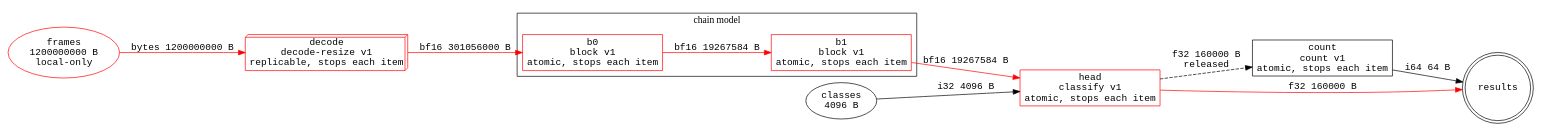
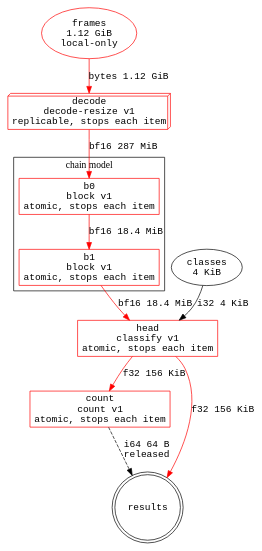
Before and after one commit to bayanasar/dashmag: the diagram in crates/mag-by/graphs/example.dot, drawn with Graphviz. The commit also changed 7 other files, not shown here.

```diff
--- a/crates/mag-by/graphs/example.dot
+++ b/crates/mag-by/graphs/example.dot
@@ -1,24 +1,24 @@
 digraph "label-frames" {
-  rankdir=LR;
+  rankdir=TB;
   node [fontname="monospace"];
   edge [fontname="monospace"];
-  "frames" [shape=ellipse, label="frames\n1200000000 B\nlocal-only", color=red];
-  "classes" [shape=ellipse, label="classes\n4096 B"];
+  "frames" [shape=ellipse, label="frames\n1.12 GiB\nlocal-only", color=red];
+  "classes" [shape=ellipse, label="classes\n4 KiB"];
   "decode" [shape=box3d, label="decode\ndecode-resize v1\nreplicable, stops each item", color=red];
   "head" [shape=box, label="head\nclassify v1\natomic, stops each item", color=red];
-  "count" [shape=box, label="count\ncount v1\natomic, stops each item"];
+  "count" [shape=box, label="count\ncount v1\natomic, stops each item", color=red];
   subgraph "cluster model" {
     label="chain model";
     "b0" [shape=box, label="b0\nblock v1\natomic, stops each item", color=red];
     "b1" [shape=box, label="b1\nblock v1\natomic, stops each item", color=red];
   }
   "job's results" [shape=doublecircle, label="results"];
-  "frames" -> "decode" [label="bytes 1200000000 B", color=red];
-  "decode" -> "b0" [label="bf16 301056000 B", color=red];
-  "b0" -> "b1" [label="bf16 19267584 B", color=red];
-  "b1" -> "head" [label="bf16 19267584 B", color=red];
-  "classes" -> "head" [label="i32 4096 B"];
-  "head" -> "count" [label="f32 160000 B\nreleased", style=dashed];
-  "head" -> "job's results" [label="f32 160000 B", color=red];
-  "count" -> "job's results" [label="i64 64 B"];
+  "frames" -> "decode" [label="bytes 1.12 GiB", color=red];
+  "decode" -> "b0" [label="bf16 287 MiB", color=red];
+  "b0" -> "b1" [label="bf16 18.4 MiB", color=red];
+  "b1" -> "head" [label="bf16 18.4 MiB", color=red];
+  "classes" -> "head" [label="i32 4 KiB"];
+  "head" -> "count" [label="f32 156 KiB", color=red];
+  "head" -> "job's results" [label="f32 156 KiB", color=red];
+  "count" -> "job's results" [label="i64 64 B\nreleased", style=dashed];
 }
```
